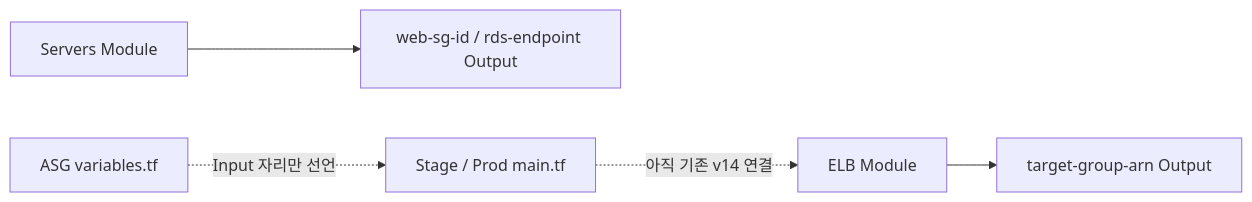
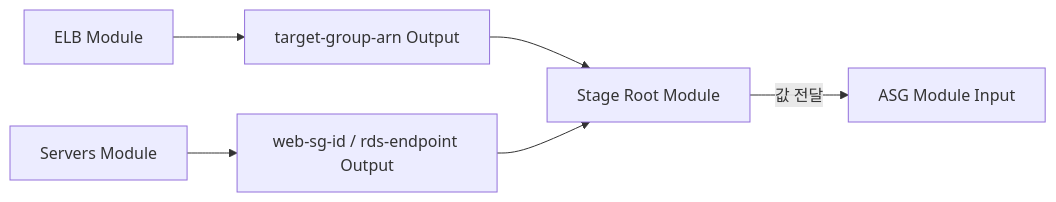
The sixth of 7 diagrams in 10_학습 노트/클라우드/AWS/IaC/Terraform Module 종합 구성 실습 v15.0.md (Unoh03/Obsi3), drawn with Mermaid before and after one commit. The commit also changed other lines of this file, not shown here.

Commit message:
Auto: 2026. 07. 15. 17:44:28 M 10_학습 노트/클라우드/AWS/IaC/Terraform Module 종합 구성 실습 v15.0.md

````diff
--- a/10_학습 노트/클라우드/AWS/IaC/Terraform Module 종합 구성 실습 v15.0.md
+++ b/10_학습 노트/클라우드/AWS/IaC/Terraform Module 종합 구성 실습 v15.0.md
@@ -3401,14 +3403,15 @@
 ```mermaid
 flowchart LR
     ELB["ELB Module"]
     EOUT["target-group-arn Output"]
     SERVERS["Servers Module"]
     SOUT["web-sg-id / rds-endpoint Output"]
-    ASGVAR["ASG variables.tf"]
-    ROOT["Stage / Prod main.tf"]
+    ASGVAR["ASG Module Input"]
+    ROOT["Stage Root Module"]
 
     ELB --> EOUT
     SERVERS --> SOUT
-    ROOT -. "아직 기존 v14 연결" .-> ELB
-    ASGVAR -. "Input 자리만 선언" .-> ROOT
+    EOUT --> ROOT
+    SOUT --> ROOT
+    ROOT -->|"값 전달"| ASGVAR
 ```
````
